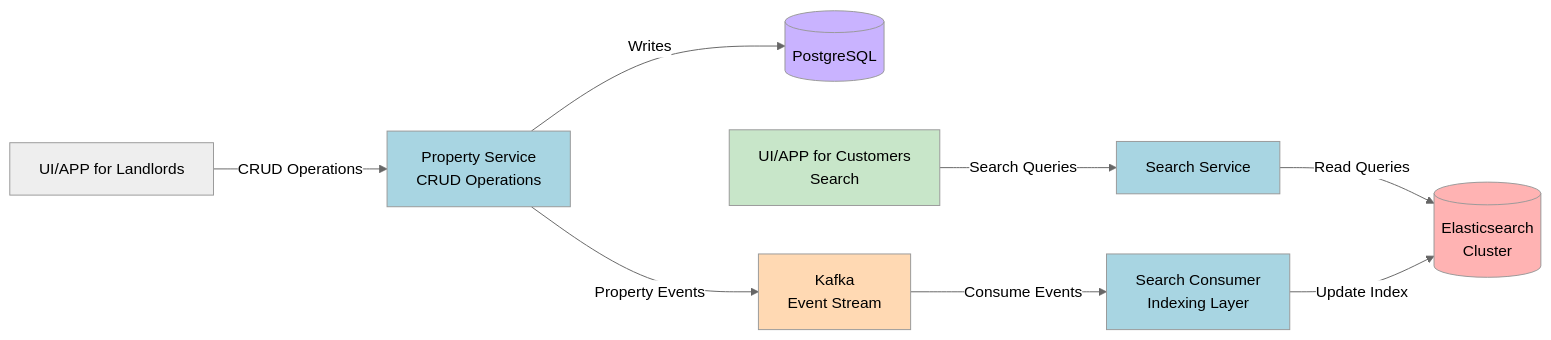
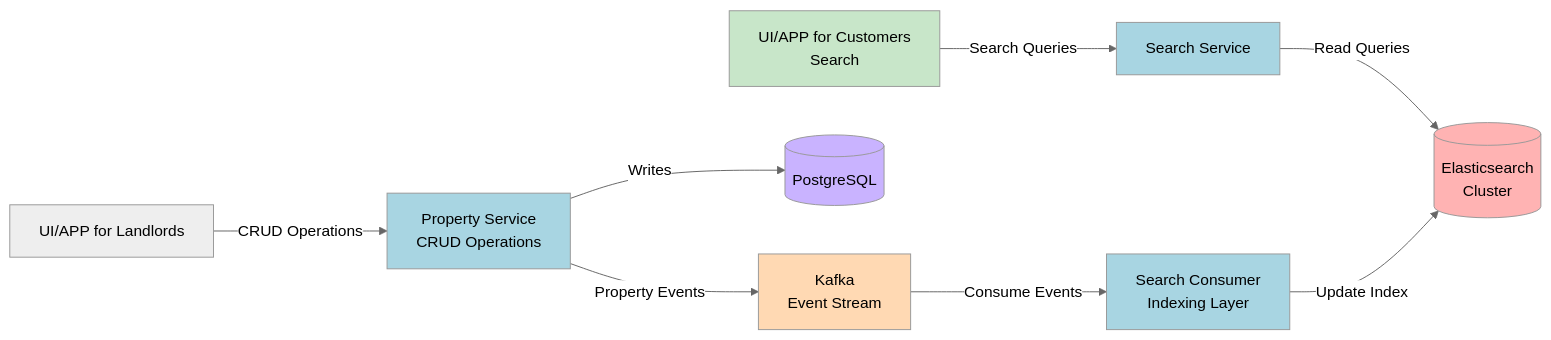
The first of 2 diagrams in README.md (AdilAbubacker/rentezy_frontend), drawn with Mermaid (neutral theme) before and after one commit.

````diff
--- a/README.md
+++ b/README.md
@@ -18,25 +18,26 @@
 ```mermaid
 graph LR
     LUI[UI/APP for Landlords] -->|CRUD Operations| PS[Property Service<br/>CRUD Operations]
+    UI[UI/APP for Customers<br/>Search] -->|Search Queries| SS[Search Service]
+
     
     PS -->|Writes| DB[(PostgreSQL)]
     PS -->|Property Events| K[Kafka<br/>Event Stream]
 
-    UI[UI/APP for Customers<br/>Search] -->|Search Queries| SS[Search Service]
     SS -->|Read Queries| ES[(Elasticsearch<br/>Cluster)]
 
     K -->|Consume Events| SC[Search Consumer<br/>Indexing Layer]
     
     SC -->|Update Index| ES
     
     
     
     
     style SS fill:#a8d5e2
     style PS fill:#a8d5e2
     style SC fill:#a8d5e2
     style ES fill:#ffb3b3
     style K fill:#ffd9b3
     style DB fill:#c9b3ff
     style UI fill:#c8e6c9
 ```
````
